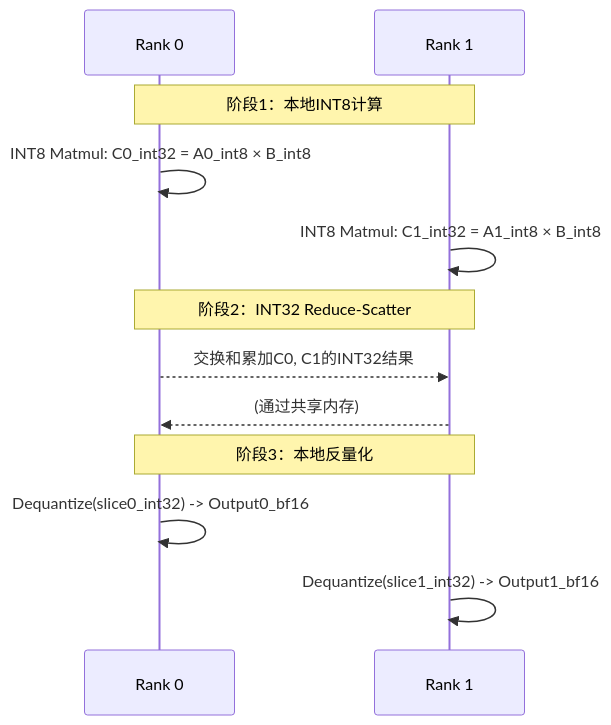
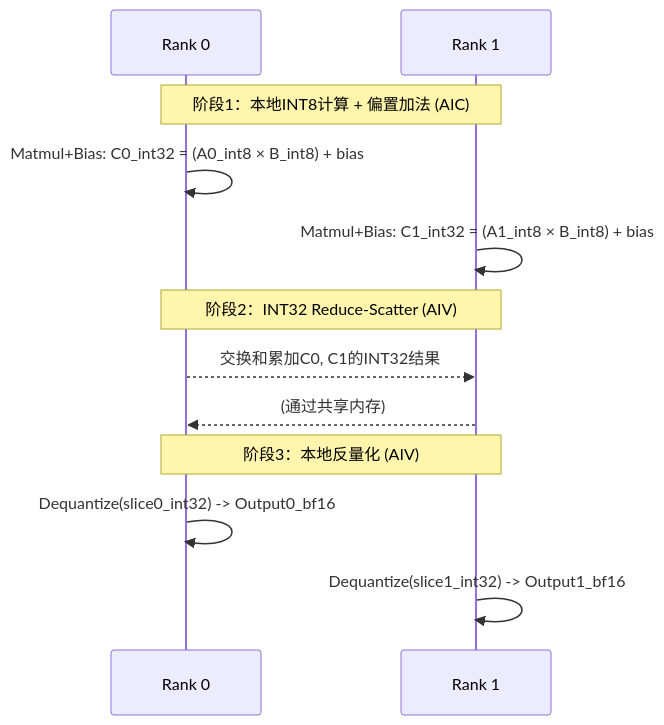
Before and after one commit to BillionsRichard/mm_rs_with_catlass: the second of 2 diagrams in quantized_matmul_reduce_scatter_design.md, drawn with Mermaid. The commit also changed other lines of this file, not shown here.

Commit message:
Update quantized_matmul_reduce_scatter_design.md--fused-mm-add-bias

````diff
--- a/quantized_matmul_reduce_scatter_design.md
+++ b/quantized_matmul_reduce_scatter_design.md
@@ -158,17 +158,17 @@
 ```mermaid
 sequenceDiagram
     participant Rank0 as Rank 0
     participant Rank1 as Rank 1
     
-    Note over Rank0,Rank1: 阶段1：本地INT8计算
-    Rank0->>Rank0: INT8 Matmul: C0_int32 = A0_int8 × B_int8
-    Rank1->>Rank1: INT8 Matmul: C1_int32 = A1_int8 × B_int8
+    Note over Rank0,Rank1: 阶段1：本地INT8计算 + 偏置加法 (AIC)
+    Rank0->>Rank0: Matmul+Bias: C0_int32 = (A0_int8 × B_int8) + bias
+    Rank1->>Rank1: Matmul+Bias: C1_int32 = (A1_int8 × B_int8) + bias
     
-    Note over Rank0,Rank1: 阶段2：INT32 Reduce-Scatter
+    Note over Rank0,Rank1: 阶段2：INT32 Reduce-Scatter (AIV)
     Rank0-->>Rank1: 交换和累加C0, C1的INT32结果
     Rank1-->>Rank0: (通过共享内存)
     
-    Note over Rank0,Rank1: 阶段3：本地反量化
+    Note over Rank0,Rank1: 阶段3：本地反量化 (AIV)
     Rank0->>Rank0: Dequantize(slice0_int32) -> Output0_bf16
     Rank1->>Rank1: Dequantize(slice1_int32) -> Output1_bf16
 ```
````
